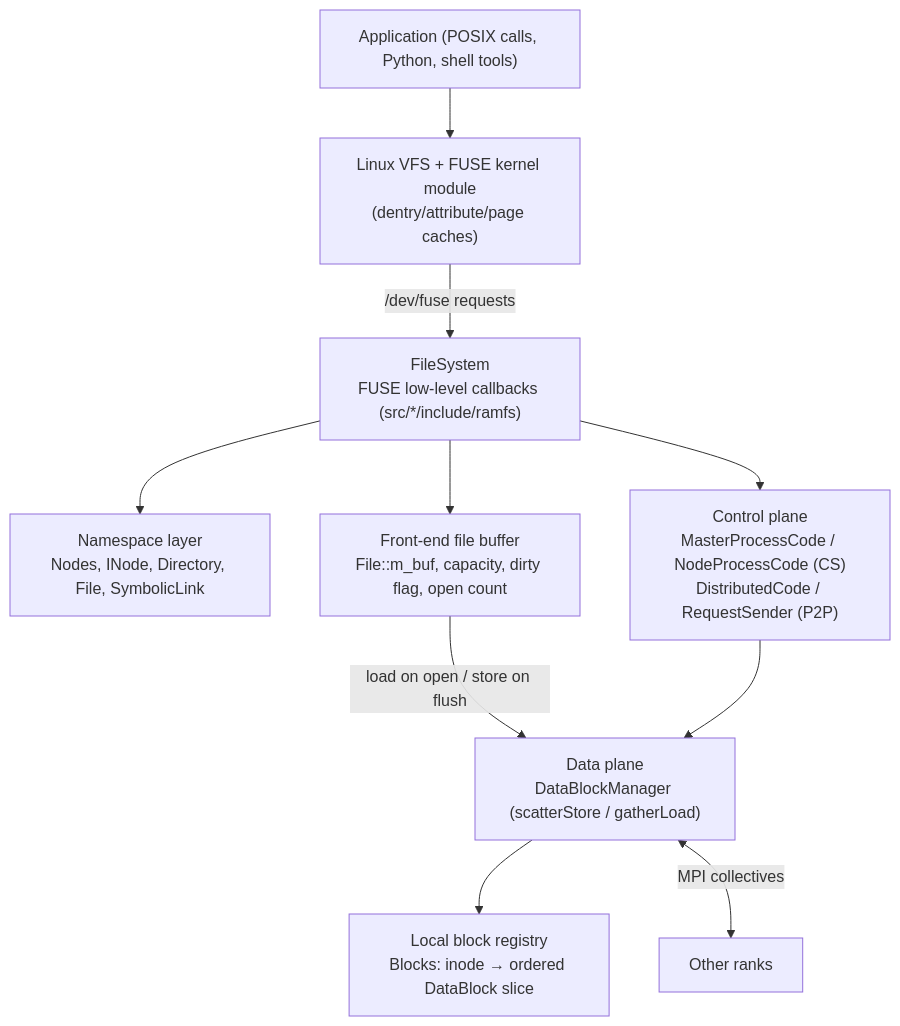
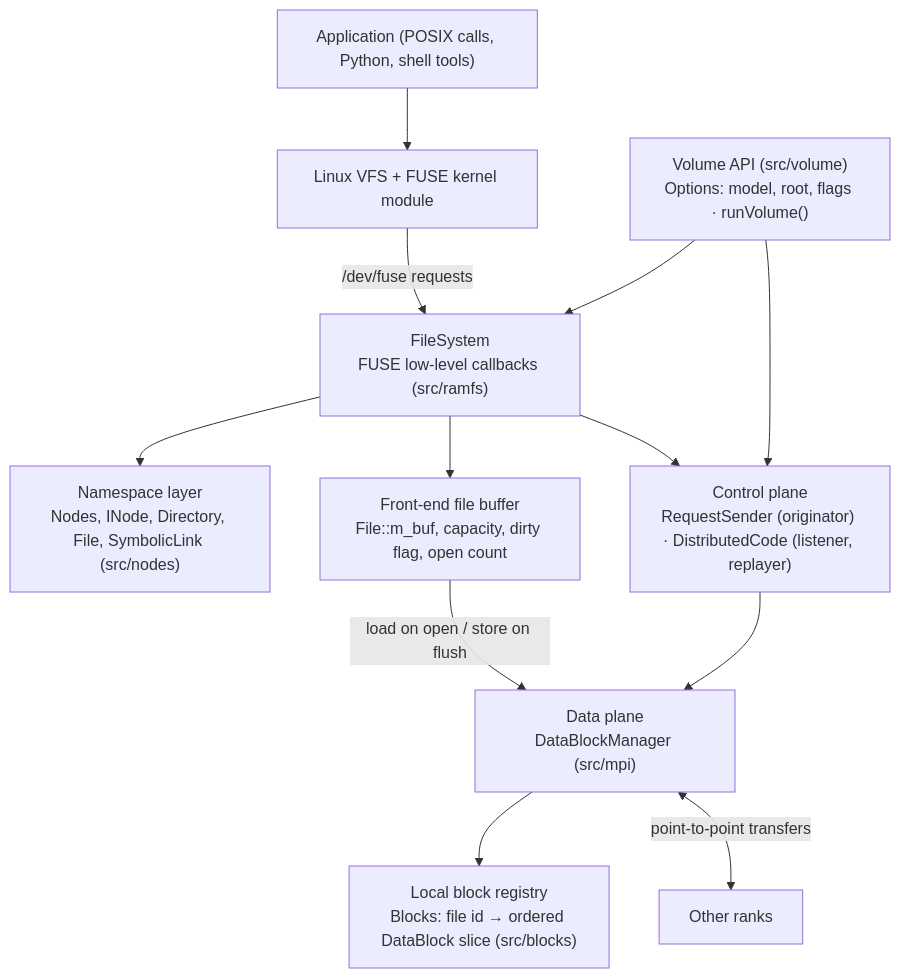
One commit to DagOnStar/DAGonFS changed the second of 5 diagrams in docs/ARCHITECTURE.md. Above: the diagram before and after it, drawn with Mermaid. The commit also changed other lines of this file and 107 other files, not shown here.

````diff
--- a/docs/ARCHITECTURE.md
+++ b/docs/ARCHITECTURE.md
@@ -36,12 +38,14 @@
 ```mermaid
 flowchart TB
-    App["Application (POSIX calls, Python, shell tools)"] --> VFS["Linux VFS + FUSE kernel module<br/>(dentry/attribute/page caches)"]
-    VFS -- "/dev/fuse requests" --> FS["FileSystem<br/>FUSE low-level callbacks (src/*/include/ramfs)"]
-    FS --> NS["Namespace layer<br/>Nodes, INode, Directory, File, SymbolicLink"]
+    App["Application (POSIX calls, Python, shell tools)"] --> VFS["Linux VFS + FUSE kernel module"]
+    VFS -- "/dev/fuse requests" --> FS["FileSystem<br/>FUSE low-level callbacks (src/ramfs)"]
+    FS --> NS["Namespace layer<br/>Nodes, INode, Directory, File, SymbolicLink (src/nodes)"]
     FS --> FB["Front-end file buffer<br/>File::m_buf, capacity, dirty flag, open count"]
-    FB -- "load on open / store on flush" --> DP["Data plane<br/>DataBlockManager (scatterStore / gatherLoad)"]
-    DP --> REG["Local block registry<br/>Blocks: inode → ordered DataBlock slice"]
-    DP <-- "MPI collectives" --> NET["Other ranks"]
-    CP["Control plane<br/>MasterProcessCode / NodeProcessCode (CS)<br/>DistributedCode / RequestSender (P2P)"] --> DP
+    FB -- "load on open / store on flush" --> DP["Data plane<br/>DataBlockManager (src/mpi)"]
+    DP --> REG["Local block registry<br/>Blocks: file id → ordered DataBlock slice (src/blocks)"]
+    DP <-- "point-to-point transfers" --> NET["Other ranks"]
+    CP["Control plane<br/>RequestSender (originator) · DistributedCode (listener, replayer)"] --> DP
     FS --> CP
+    VOL["Volume API (src/volume)<br/>Options: model, root, flags · runVolume()"] --> FS
+    VOL --> CP
 ```
````
